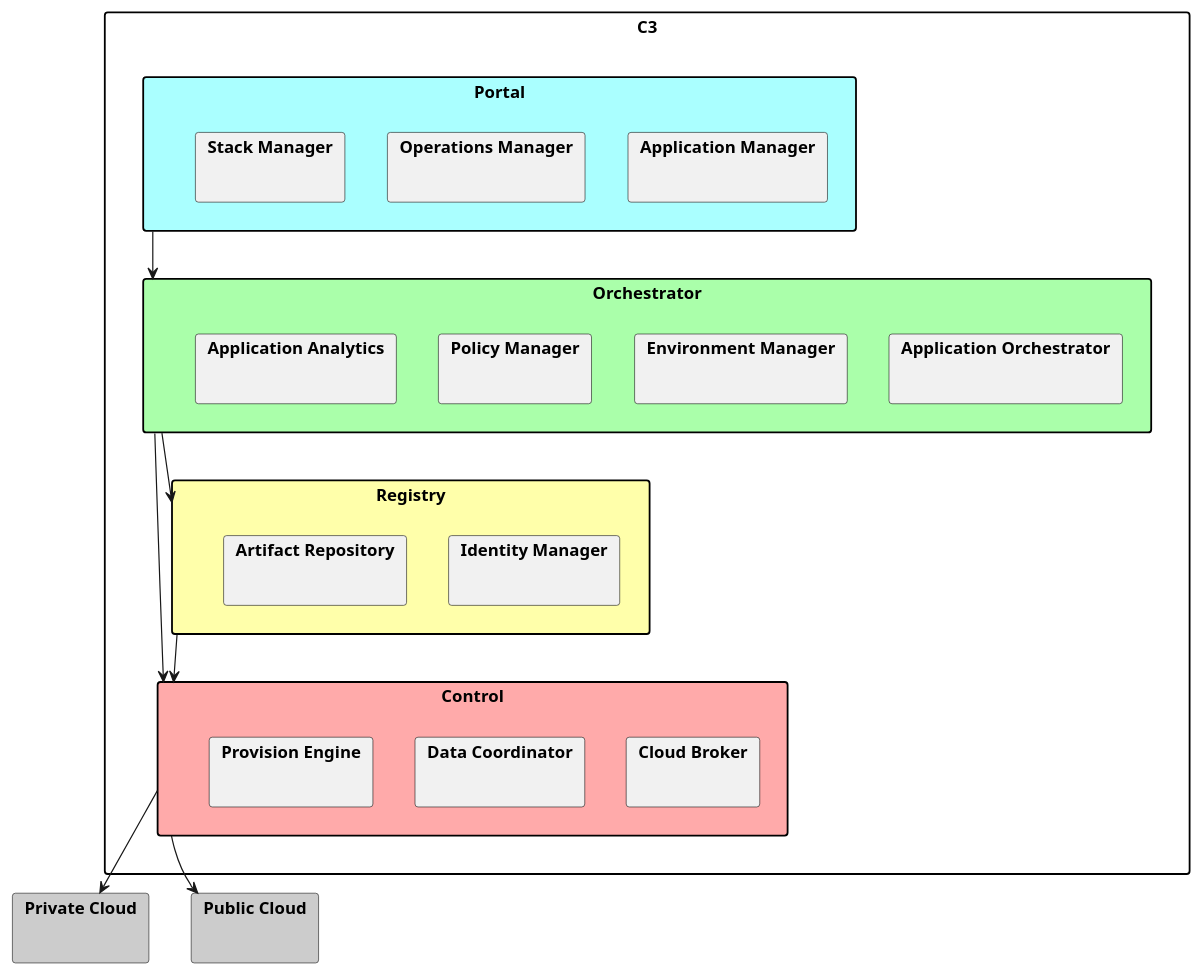
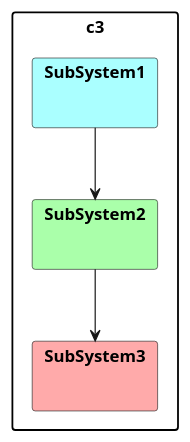
One commit to CAADE/C3 changed the diagram in docs/Solution/Logical.puml. Above: the diagram before and after it, drawn with PlantUML. The commit also changed 1607 other files, not shown here.

Commit message:
New format and simulated architecture

```diff
--- a/docs/Solution/Logical.puml
+++ b/docs/Solution/Logical.puml
@@ -1,44 +1,18 @@
 @startuml
 
 skinparam packageStyle rect
 
-package C3 {
-package "Portal" #aaffff {
-    package "Application Manager" { }
-    package "Operations Manager" { }
-    package "Stack Manager" { }
+package c3 {
+package "SubSystem1" #aaffff {
 }
-package "Orchestrator" #aaffaa {
-    package "Application Orchestrator" { }
-    package "Environment Manager" { }
-    package "Policy Manager" { }
-    package "Application Analytics" { }
+package "SubSystem2" #aaffaa {
 }
-package "Registry" #ffffaa {
-    package "Identity Manager" { }
-    package "Artifact Repository" { }
-}
-
-package "Control" #ffaaaa {
-    package "Cloud Broker" { }
-    package "Data Coordinator" { }
-    package "Provision Engine" { }
+package "SubSystem3" #ffaaaa {
 }
 }
 
-package "Private Cloud" #cccccc {
-}
-
-package "Public Cloud"  #cccccc {
-}
+SubSystem1 --> SubSystem2
+SubSystem2 --> SubSystem3
 
 
-Portal --> Orchestrator
-Orchestrator --> Registry
-Registry --> Control
-Orchestrator -> Control
-
-Control --> "Private Cloud"
-Control --> "Public Cloud"
-
 @enduml
```
